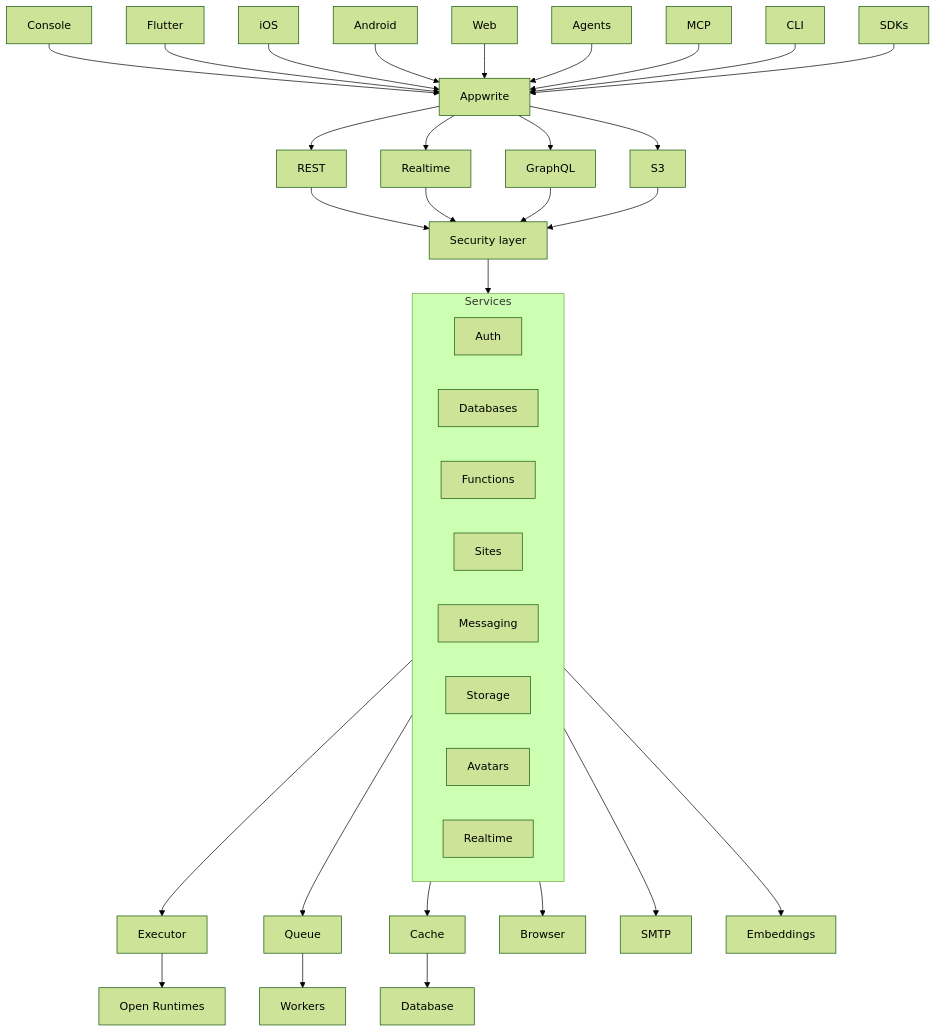
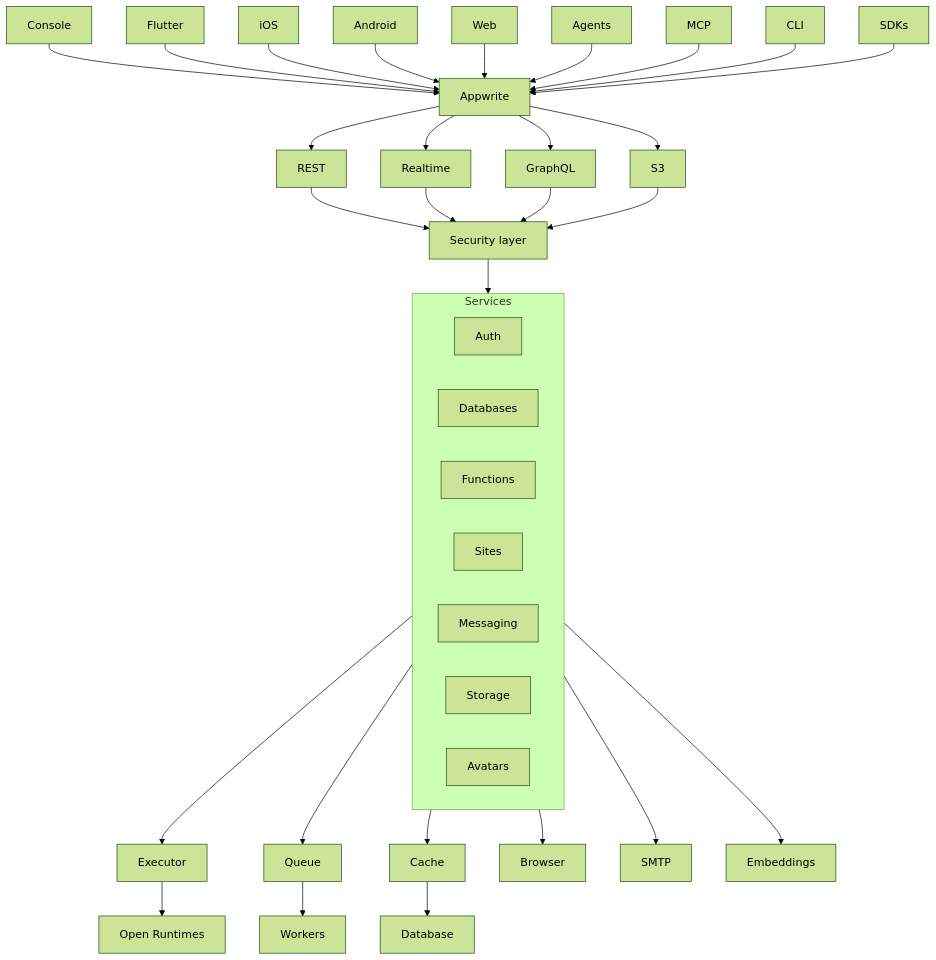
Before and after one commit to appwrite/appwrite: the diagram in README-CN.md, drawn with Mermaid (forest theme). The commit also changed 1 other file, not shown here.

Commit message:
docs: drop Realtime from the Services product box

````diff
--- a/README-CN.md
+++ b/README-CN.md
@@ -215,21 +215,20 @@
 ```mermaid
 flowchart TB
   Console & Flutter & iOS & Android & Web & Agents & MCP & CLI & SDKs --> Appwrite
   Appwrite --> REST & Realtime & GraphQL & S3
   REST & Realtime & GraphQL & S3 --> securityLayer[Security layer]
   securityLayer --> services
   subgraph services [Services]
     Auth
     Databases
     Functions
     Sites
     Messaging
     Storage
     Avatars
-    productRealtime[Realtime]
   end
   services --> Executor & Queue & Cache & Browser & SMTP & Embeddings
   Cache --> Database
   Queue --> Workers
   Executor --> openRuntimes[Open Runtimes]
 ```
````
